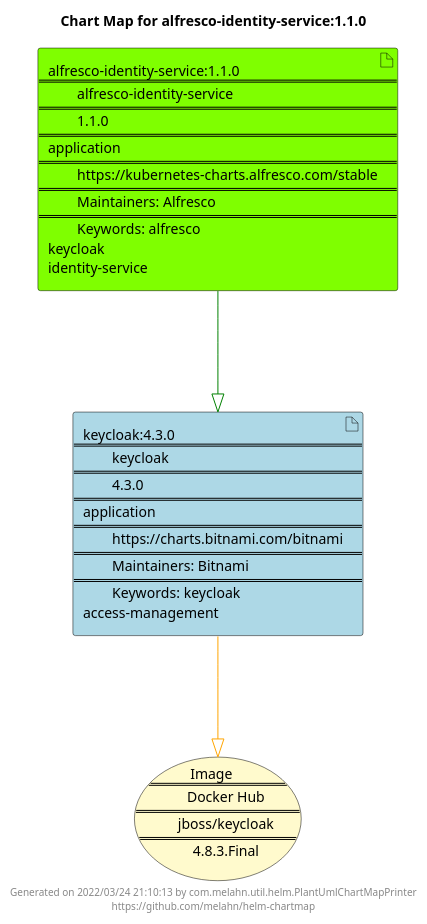
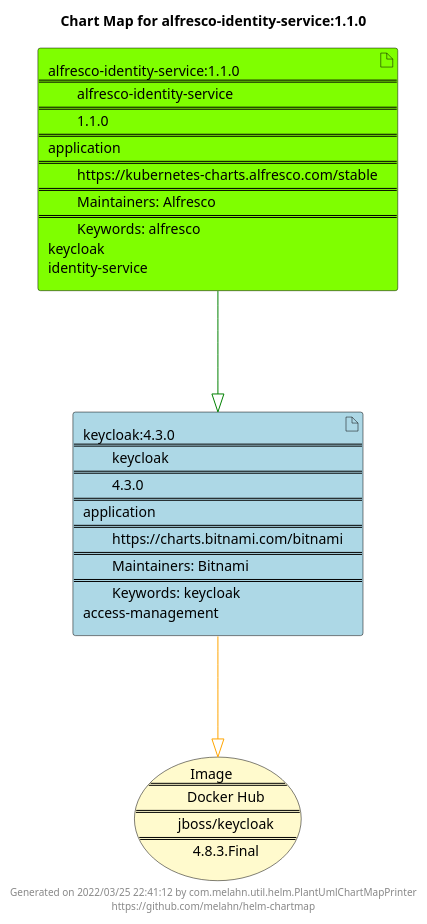
The diagram in docs/alfresco-identity-service/alfresco-identity-service-1.1.0.puml (melahn/helm-chartmap), drawn with PlantUML before and after one commit. The commit also changed 56 other files, not shown here.

Commit message:
Update Example Chart Maps as part of GitHub build

```diff
--- a/docs/alfresco-identity-service/alfresco-identity-service-1.1.0.puml
+++ b/docs/alfresco-identity-service/alfresco-identity-service-1.1.0.puml
@@ -1,23 +1,23 @@
 @startuml
 skinparam linetype ortho
 skinparam backgroundColor white
 skinparam usecaseBorderColor black
 skinparam usecaseArrowColor LightSlateGray
 skinparam artifactBorderColor black
 skinparam artifactArrowColor LightSlateGray
 
 title Chart Map for alfresco-identity-service:1.1.0
 
 'There are 2 referenced Helm Charts
 artifact "alfresco-identity-service:1.1.0\n====\n\talfresco-identity-service\n====\n\t1.1.0\n====\napplication\n====\n\thttps://kubernetes-charts.alfresco.com/stable\n====\n\tMaintainers: Alfresco\n====\n\tKeywords: alfresco\nkeycloak\nidentity-service" as alfresco_identity_service_1_1_0 #Chartreuse
 artifact "keycloak:4.3.0\n====\n\tkeycloak\n====\n\t4.3.0\n====\napplication\n====\n\thttps://charts.bitnami.com/bitnami\n====\n\tMaintainers: Bitnami\n====\n\tKeywords: keycloak\naccess-management" as keycloak_4_3_0 #LightBlue
 
 'There is one referenced Docker Image
 usecase "Image\n====\n\tDocker Hub\n====\n\tjboss/keycloak\n====\n\t4.8.3.Final" as jboss_keycloak_4_8_3_Final #LemonChiffon
 
 'Chart Dependencies
 alfresco_identity_service_1_1_0--[#green]-|>keycloak_4_3_0
 keycloak_4_3_0--[#orange]-|>jboss_keycloak_4_8_3_Final
 
-center footer Generated on 2022/03/24 21:10:13 by com.melahn.util.helm.PlantUmlChartMapPrinter\nhttps://github.com/melahn/helm-chartmap
+center footer Generated on 2022/03/25 22:41:12 by com.melahn.util.helm.PlantUmlChartMapPrinter\nhttps://github.com/melahn/helm-chartmap
 @enduml
```
